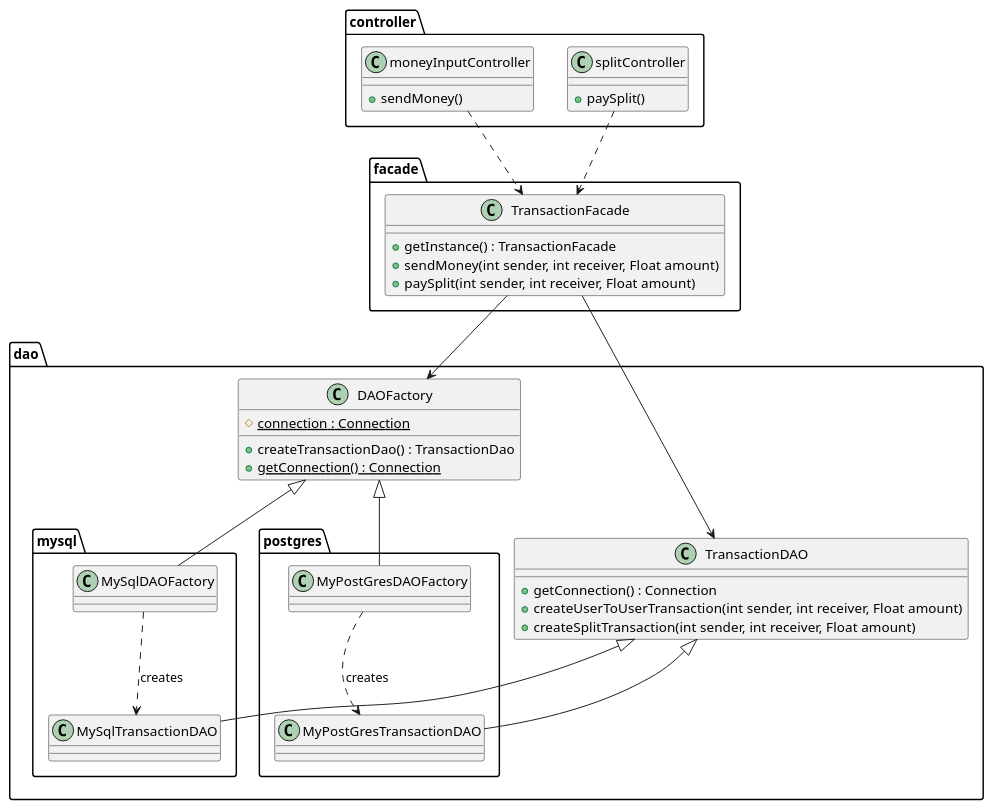
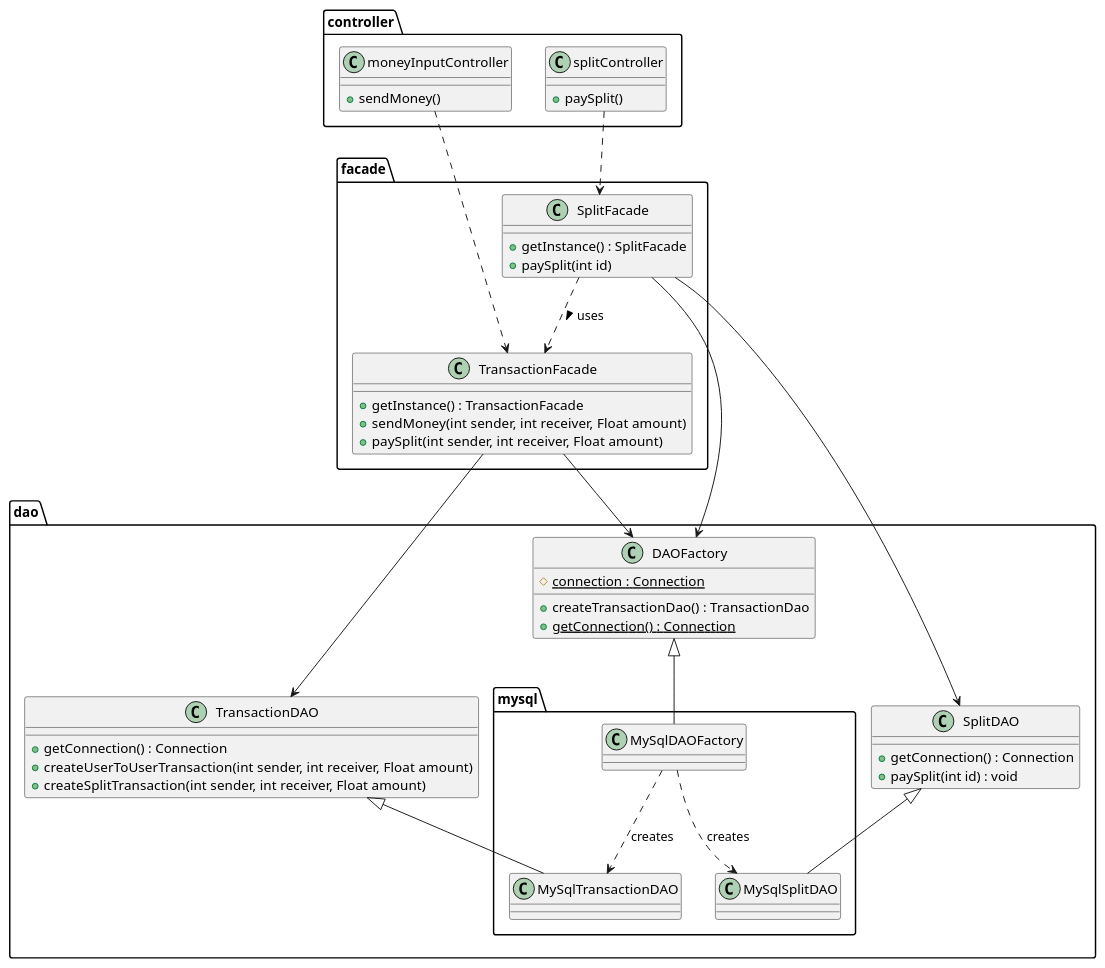
The diagram in documentation/software_design/make_payment/make_payment_class_diagram.puml (Julien-Wiegandt/SplitPay), drawn with PlantUML before and after one commit. The commit also changed 5 other files, not shown here.

```diff
--- a/documentation/software_design/make_payment/make_payment_class_diagram.puml
+++ b/documentation/software_design/make_payment/make_payment_class_diagram.puml
@@ -1,57 +1,70 @@
 @startuml make_payment
 
 package controller <<Folder>> {
   class moneyInputController {
     +sendMoney()
   }
   class splitController {
     +paySplit()
   }
 }
 
 package facade <<Folder>> {
   class TransactionFacade {
     +getInstance() : TransactionFacade
     +sendMoney(int sender, int receiver, Float amount)
     +paySplit(int sender, int receiver, Float amount)
   }
+
+  class SplitFacade {
+      +getInstance() : SplitFacade
+      +paySplit(int id)
+    }
+
+  SplitFacade ..> TransactionFacade : uses >
 }
+
 
 package dao <<Folder>> {
   class DAOFactory {
     #{static}connection : Connection
     +createTransactionDao() : TransactionDao
     +{static}getConnection() : Connection
   }
 
   package mysql <<Folder>> {
     class MySqlDAOFactory {}
     class MySqlTransactionDAO {}
+    class MySqlSplitDAO {}
     MySqlDAOFactory .down.> MySqlTransactionDAO : creates
+    MySqlDAOFactory .down.> MySqlSplitDAO : creates
   }
-  
-  package postgres <<Folder>> {
-    class MyPostGresDAOFactory {}
-    class MyPostGresTransactionDAO {}
-    MyPostGresDAOFactory .down.> MyPostGresTransactionDAO : creates
-  }
+
   class TransactionDAO {
     +getConnection() : Connection
     +createUserToUserTransaction(int sender, int receiver, Float amount)
     +createSplitTransaction(int sender, int receiver, Float amount)
   }
 
+  class SplitDAO {
+      +getConnection() : Connection
+      +paySplit(int id) : void
+    }
+
   DAOFactory <|-- MySqlDAOFactory
-  DAOFactory <|-- MyPostGresDAOFactory    
-  TransactionDAO <|-- MyPostGresTransactionDAO
   TransactionDAO <|-- MySqlTransactionDAO
+  SplitDAO <|-- MySqlSplitDAO
+
 
 }
 
 moneyInputController .down.> TransactionFacade
-splitController .down.> TransactionFacade
+splitController .down.> SplitFacade
 
 TransactionFacade -down-> DAOFactory
 TransactionFacade --> TransactionDAO
 
+SplitFacade -down-> DAOFactory
+SplitFacade --> SplitDAO
+
 @enduml
```
